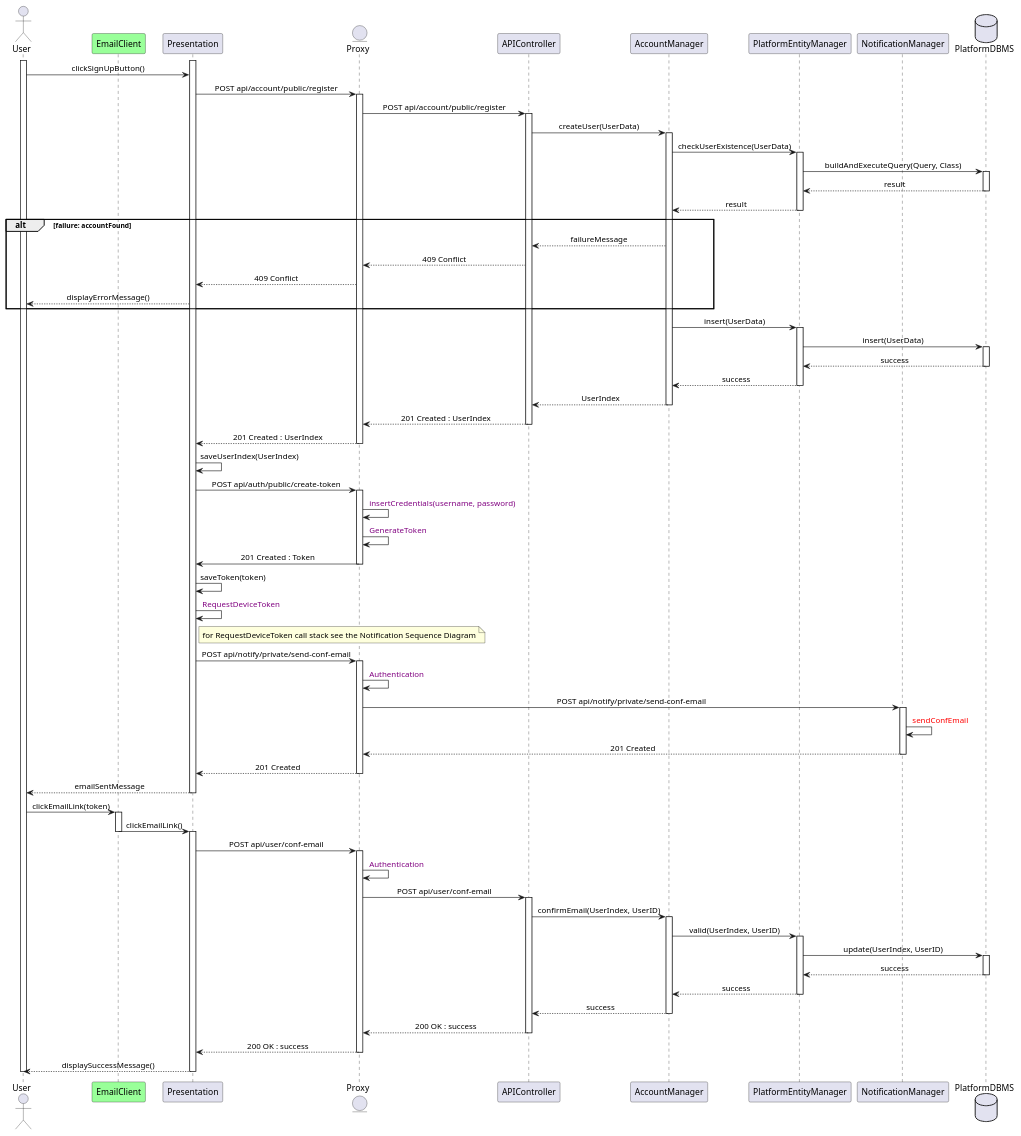
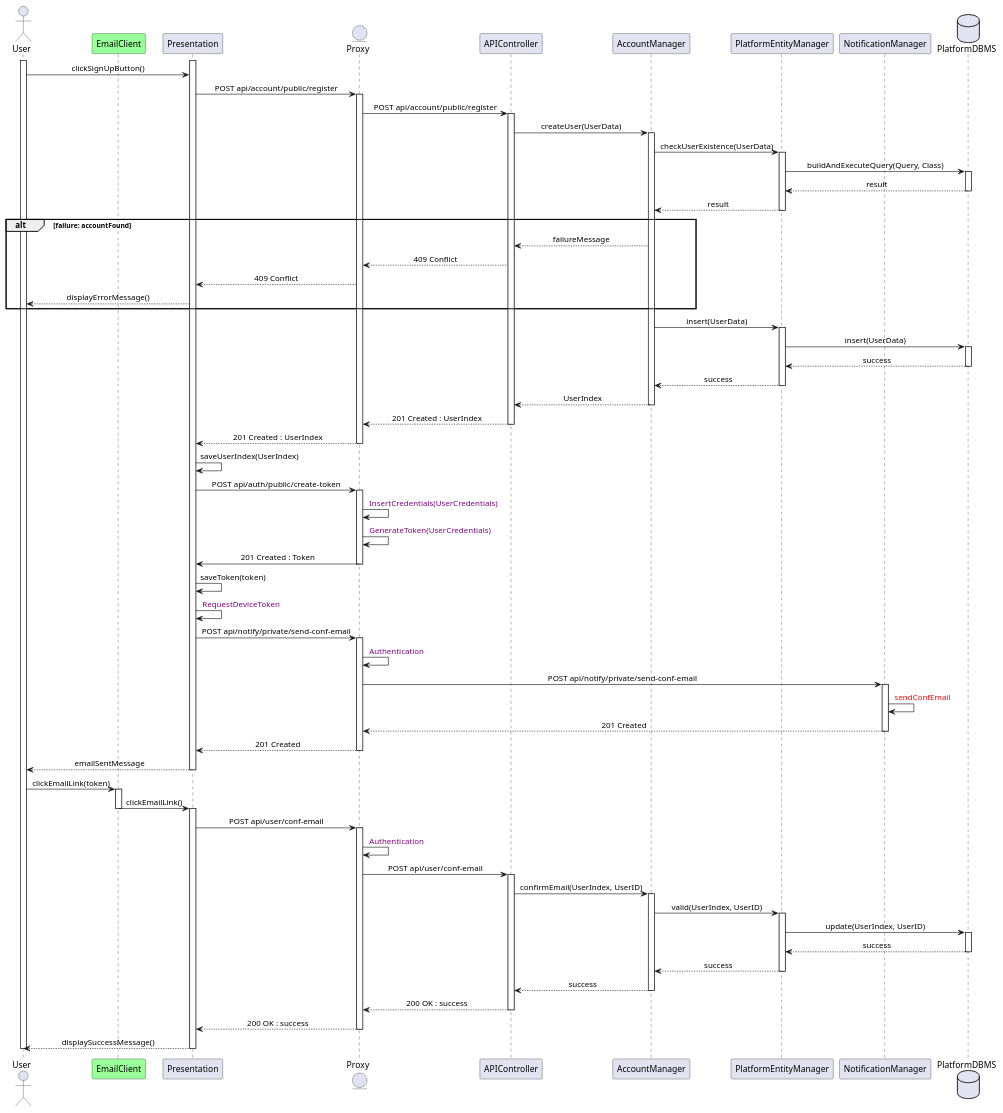
The diagram in Diagrams/SequenceDiagrams/DD/1UserRegistration.wsd (Slaitroc/RicciPaoliGrisoni), drawn with PlantUML before and after one commit.

Commit message:
Update User Registration Sequence Diagram to reflect changes in credential handling

```diff
--- a/Diagrams/SequenceDiagrams/DD/1UserRegistration.wsd
+++ b/Diagrams/SequenceDiagrams/DD/1UserRegistration.wsd
@@ -2,106 +2,105 @@
 @startuml Registration
 skinparam sequenceMessageAlign center
 actor       User
 participant EmailClient #99FF99
 participant Presentation
 entity      Proxy
 participant APIController
 participant AccountManager
 participant PlatformEntityManager
 participant NotificationManager
 database    PlatformDBMS
 activate User
 activate Presentation
 User -> Presentation : clickSignUpButton()
 Presentation -> Proxy : POST api/account/public/register
 activate Proxy
 Proxy -> APIController : POST api/account/public/register
 activate APIController
 APIController -> AccountManager : createUser(UserData)
 activate AccountManager
 AccountManager -> PlatformEntityManager : checkUserExistence(UserData)
 activate PlatformEntityManager
 PlatformEntityManager -> PlatformDBMS : buildAndExecuteQuery(Query, Class)
 activate PlatformDBMS
 PlatformDBMS --> PlatformEntityManager : result
 deactivate PlatformDBMS
 PlatformEntityManager --> AccountManager : result
 deactivate PlatformEntityManager
 alt failure: accountFound
 AccountManager --> APIController : failureMessage
 APIController --> Proxy : 409 Conflict
 Proxy --> Presentation : 409 Conflict
 Presentation --> User : displayErrorMessage()
 end
 AccountManager -> PlatformEntityManager : insert(UserData)
 activate PlatformEntityManager
 PlatformEntityManager -> PlatformDBMS : insert(UserData)
 activate PlatformDBMS
 PlatformDBMS --> PlatformEntityManager : success
 deactivate PlatformDBMS
 PlatformEntityManager --> AccountManager : success
 deactivate PlatformEntityManager
 AccountManager --> APIController : UserIndex
 deactivate AccountManager
 APIController --> Proxy : 201 Created : UserIndex
 deactivate APIController
 Proxy --> Presentation : 201 Created : UserIndex
 deactivate Proxy
 Presentation -> Presentation : saveUserIndex(UserIndex)
 Presentation -> Proxy : POST api/auth/public/create-token
 activate Proxy
-Proxy -> Proxy  : <color:purple> insertCredentials(username, password)
-Proxy -> Proxy : <color:purple> GenerateToken
+Proxy -> Proxy  : <color:purple> InsertCredentials(UserCredentials)
+Proxy -> Proxy : <color:purple> GenerateToken(UserCredentials)
 Proxy -> Presentation : 201 Created : Token
 deactivate Proxy
 ' Proxy -> Authenticator: POST api/user/create-token
 ' activate Authenticator
 ' Authenticator -> Authenticator : generateToken()
 ' Authenticator --> Proxy : 201 Created : Token
 ' deactivate Authenticator
 ' Proxy --> Presentation : 201 Created : Token
 Presentation -> Presentation : saveToken(token)
 Presentation -> Presentation : <color:purple> RequestDeviceToken
-note right of Presentation : for RequestDeviceToken call stack see the Notification Sequence Diagram 
 Presentation -> Proxy : POST api/notify/private/send-conf-email
 activate Proxy
 Proxy -> Proxy : <color:purple> Authentication
 Proxy -> NotificationManager : POST api/notify/private/send-conf-email
 activate NotificationManager
 NotificationManager -> NotificationManager : <color:red> sendConfEmail
 NotificationManager --> Proxy : 201 Created
 deactivate NotificationManager
 Proxy --> Presentation : 201 Created
 deactivate Proxy
 Presentation --> User : emailSentMessage
 deactivate Presentation
 User -> EmailClient : clickEmailLink(token)
 activate EmailClient
 EmailClient -> Presentation : clickEmailLink()
 deactivate EmailClient
 activate Presentation
 Presentation -> Proxy : POST api/user/conf-email
 activate Proxy
 Proxy -> Proxy : <color:purple> Authentication
 Proxy -> APIController : POST api/user/conf-email
 activate APIController
 APIController -> AccountManager : confirmEmail(UserIndex, UserID)
 activate AccountManager
 AccountManager -> PlatformEntityManager : valid(UserIndex, UserID) 
 activate PlatformEntityManager
 PlatformEntityManager -> PlatformDBMS : update(UserIndex, UserID)
 activate PlatformDBMS
 PlatformDBMS --> PlatformEntityManager : success
 deactivate PlatformDBMS
 PlatformEntityManager --> AccountManager : success
 deactivate PlatformEntityManager
 AccountManager --> APIController : success
 deactivate AccountManager
 APIController --> Proxy : 200 OK : success
 deactivate APIController
 Proxy --> Presentation : 200 OK : success
 deactivate Proxy
 Presentation --> User : displaySuccessMessage()
 deactivate Presentation
 deactivate User 
 @enduml
```
